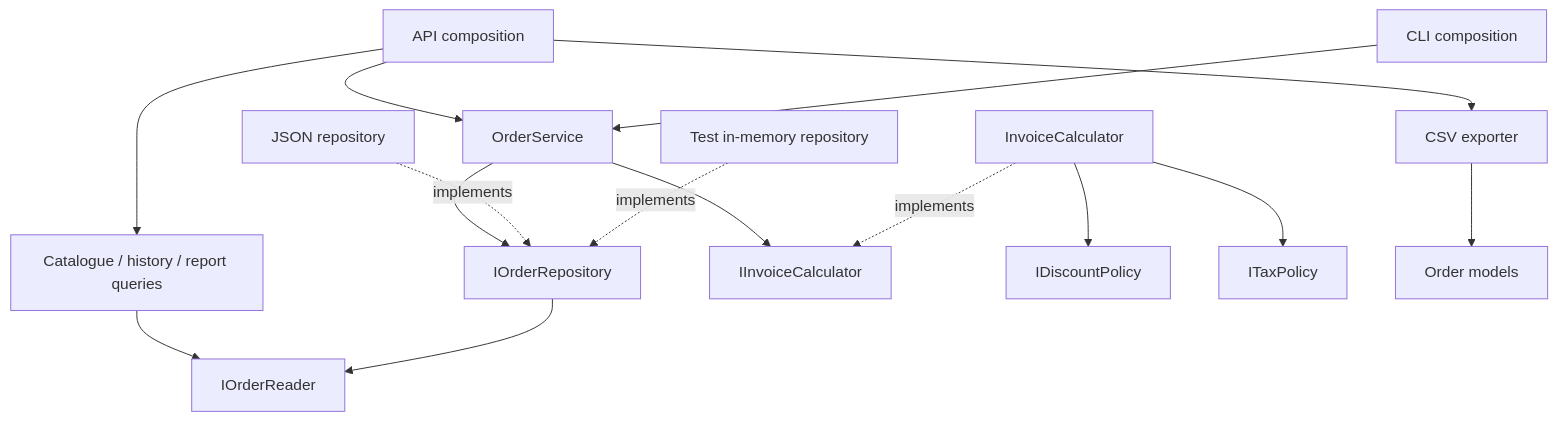
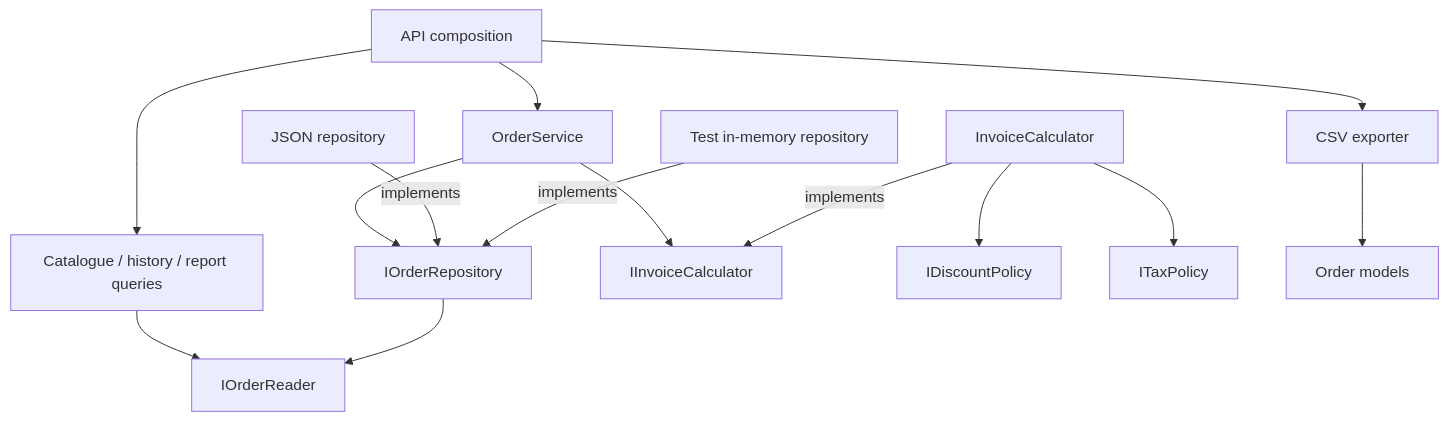
Before and after one commit to RyanHB123/vbnet-to-csharp-migration: the diagram in docs/SOLID.md, drawn with Mermaid. The commit also changed other lines of this file and 5 other files, not shown here.

Commit message:
Clarify application architecture and data storage

````diff
--- a/docs/SOLID.md
+++ b/docs/SOLID.md
@@ -27,17 +27,16 @@
 ```mermaid
 flowchart TD
     API[API composition] --> Service[OrderService]
-    CLI[CLI composition] --> Service
     API --> Queries[Catalogue / history / report queries]
     Queries --> Reader[IOrderReader]
     Service --> Repository[IOrderRepository]
     Repository --> Reader
     Service --> Calculator[IInvoiceCalculator]
-    CalculatorImpl[InvoiceCalculator] -. implements .-> Calculator
+    CalculatorImpl[InvoiceCalculator] -- implements --> Calculator
     CalculatorImpl --> Discount[IDiscountPolicy]
     CalculatorImpl --> Tax[ITaxPolicy]
-    Json[JSON repository] -. implements .-> Repository
-    Memory[Test in-memory repository] -. implements .-> Repository
+    Json[JSON repository] -- implements --> Repository
+    Memory[Test in-memory repository] -- implements --> Repository
     API --> Csv[CSV exporter]
     Csv --> Models[Order models]
 ```
````
